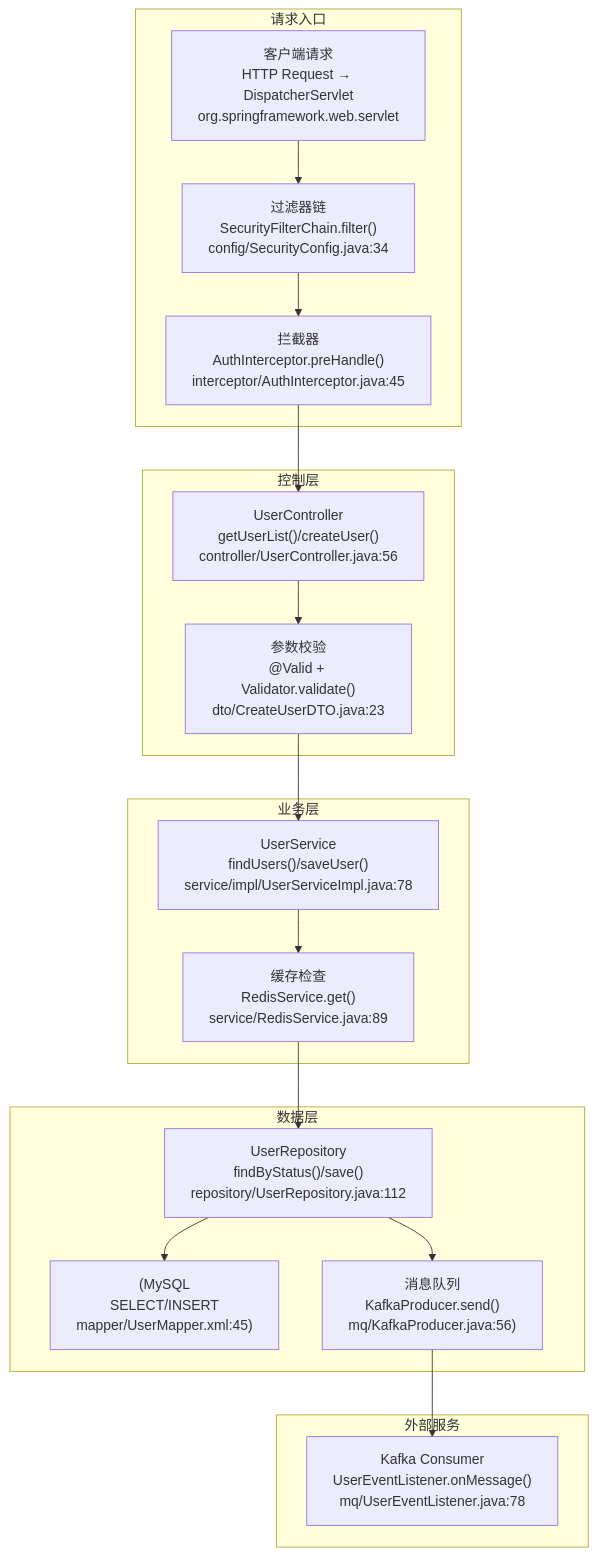
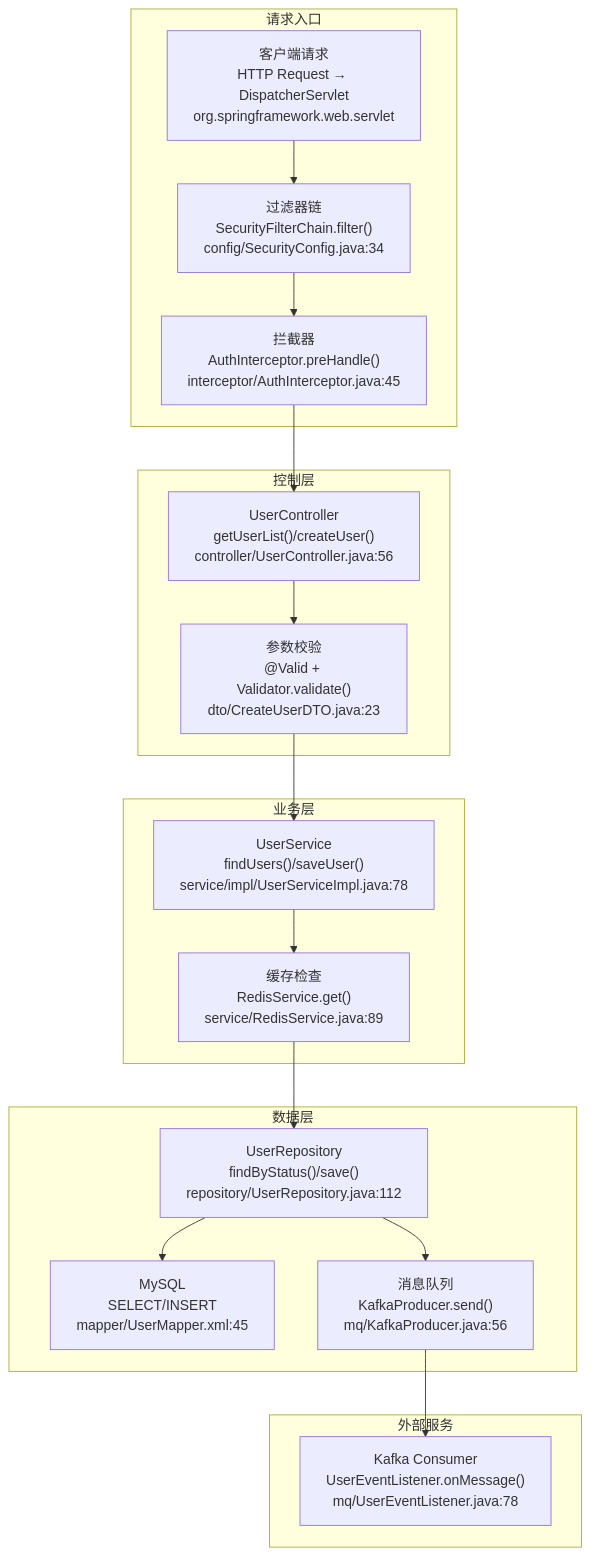
One commit to CaostGrace/project-arch-reverse changed the third of 6 diagrams in references/java-backend-template.md. Above: the diagram before and after it, drawn with Mermaid. The commit also changed 7 other files, not shown here.

First line of the commit message:
fix: 修复所有模板Mermaid图表错误 + 更新排查规范

````diff
--- a/references/java-backend-template.md
+++ b/references/java-backend-template.md
@@ -132,42 +132,42 @@
 ```mermaid
 flowchart TB
     subgraph Request[请求入口]
         CLIENT["客户端请求<br>HTTP Request → DispatcherServlet<br>org.springframework.web.servlet"]
         FILTER["过滤器链<br>SecurityFilterChain.filter()<br>config/SecurityConfig.java:34"]
         INTERCEPTOR["拦截器<br>AuthInterceptor.preHandle()<br>interceptor/AuthInterceptor.java:45"]
         CLIENT --> FILTER
         FILTER --> INTERCEPTOR
     end
     subgraph Controller[控制层]
         CTRL["UserController<br>getUserList()/createUser()<br>controller/UserController.java:56"]
         VALID["参数校验<br>@Valid + Validator.validate()<br>dto/CreateUserDTO.java:23"]
         CTRL --> VALID
     end
     subgraph Service[业务层]
         SVC["UserService<br>findUsers()/saveUser()<br>service/impl/UserServiceImpl.java:78"]
         CACHE["缓存检查<br>RedisService.get()<br>service/RedisService.java:89"]
         SVC --> CACHE
     end
     subgraph Data[数据层]
         REPO["UserRepository<br>findByStatus()/save()<br>repository/UserRepository.java:112"]
-        DB["(MySQL<br>SELECT/INSERT<br>mapper/UserMapper.xml:45)"]
-        MQ["消息队列<br>KafkaProducer.send()<br>mq/KafkaProducer.java:56)"]
+        DB["MySQL<br>SELECT/INSERT<br>mapper/UserMapper.xml:45"]
+        MQ["消息队列<br>KafkaProducer.send()<br>mq/KafkaProducer.java:56"]
         REPO --> DB
         REPO --> MQ
     end
     subgraph External[外部服务]
         CONSUMER["Kafka Consumer<br>UserEventListener.onMessage()<br>mq/UserEventListener.java:78"]
     end
 
 
 INTERCEPTOR --> CTRL
 
 
 VALID --> SVC
 
 
 CACHE --> REPO
 
 
 MQ --> CONSUMER
 ```
````
